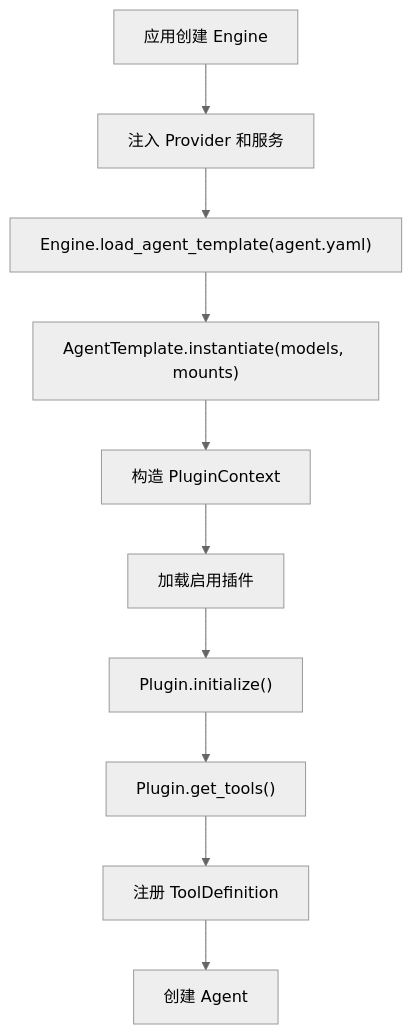
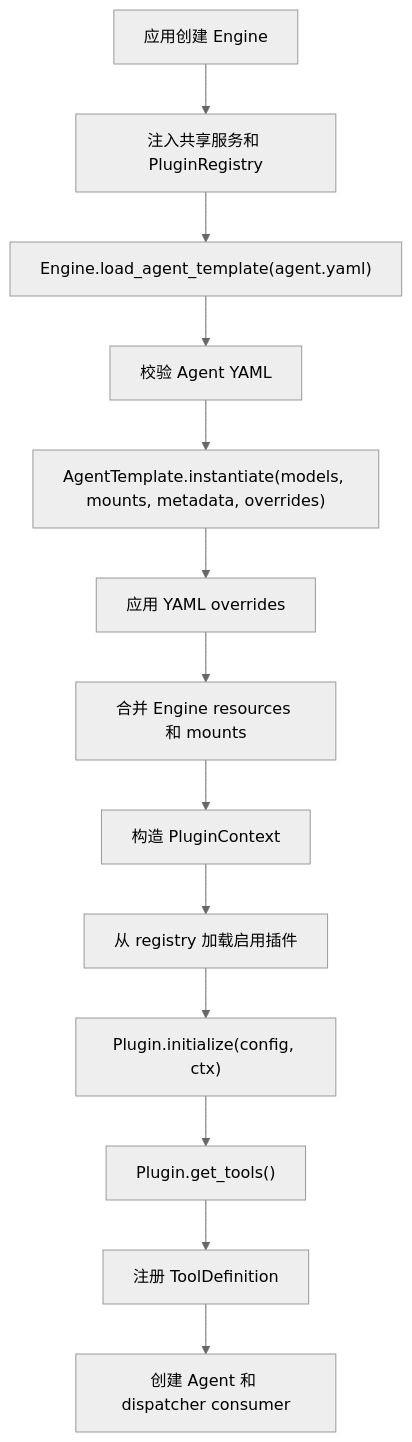
Before and after one commit to axclogo/AxcAgentEngine: the first of 2 diagrams in README.zh-CN.md, drawn with Mermaid (neutral theme). The commit also changed other lines of this file and 71 other files, not shown here.

````diff
--- a/README.zh-CN.md
+++ b/README.zh-CN.md
@@ -312,12 +348,15 @@
 ```mermaid
 flowchart TD
-    A["应用创建 Engine"] --> B["注入 Provider 和服务"]
+    A["应用创建 Engine"] --> B["注入共享服务和 PluginRegistry"]
     B --> C["Engine.load_agent_template(agent.yaml)"]
-    C --> D["AgentTemplate.instantiate(models, mounts)"]
-    D --> E["构造 PluginContext"]
-    E --> F["加载启用插件"]
-    F --> G["Plugin.initialize()"]
-    G --> H["Plugin.get_tools()"]
-    H --> I["注册 ToolDefinition"]
-    I --> J["创建 Agent"]
+    C --> D["校验 Agent YAML"]
+    D --> E["AgentTemplate.instantiate(models, mounts, metadata, overrides)"]
+    E --> F["应用 YAML overrides"]
+    F --> G["合并 Engine resources 和 mounts"]
+    G --> H["构造 PluginContext"]
+    H --> I["从 registry 加载启用插件"]
+    I --> J["Plugin.initialize(config, ctx)"]
+    J --> K["Plugin.get_tools()"]
+    K --> L["注册 ToolDefinition"]
+    L --> M["创建 Agent 和 dispatcher consumer"]
 ```
````
